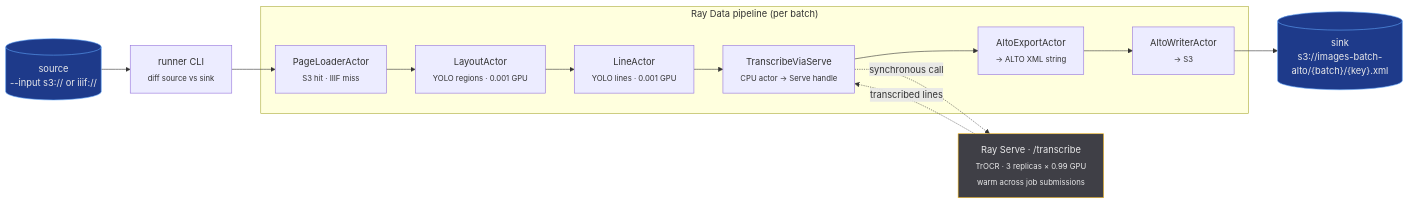
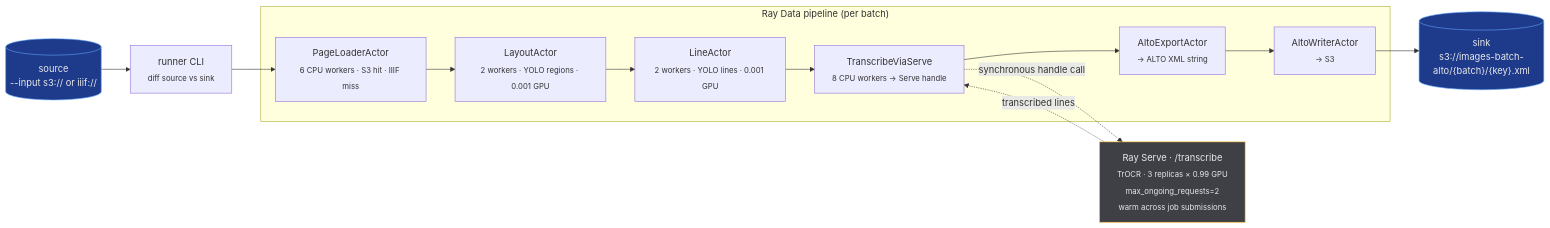
One commit to AI-Riksarkivet/rask changed the second of 5 diagrams in docs/architecture/system-overview.md. Above: the diagram before and after it, drawn with Mermaid. The commit also changed other lines of this file and 9 other files, not shown here.

````diff
--- a/docs/architecture/system-overview.md
+++ b/docs/architecture/system-overview.md
@@ -117,32 +132,32 @@
 ```mermaid
 flowchart LR
     src[("source<br/>--input s3:// or iiif://")]
     diff["runner CLI<br/><sub>diff source vs sink</sub>"]
 
     subgraph raydata["Ray Data pipeline (per batch)"]
-        pl["PageLoaderActor<br/><sub>S3 hit · IIIF miss</sub>"]
-        lay["LayoutActor<br/><sub>YOLO regions · 0.001 GPU</sub>"]
-        ln["LineActor<br/><sub>YOLO lines · 0.001 GPU</sub>"]
-        tr["TranscribeViaServe<br/><sub>CPU actor → Serve handle</sub>"]
+        pl["PageLoaderActor<br/><sub>6 CPU workers · S3 hit · IIIF miss</sub>"]
+        lay["LayoutActor<br/><sub>2 workers · YOLO regions · 0.001 GPU</sub>"]
+        ln["LineActor<br/><sub>2 workers · YOLO lines · 0.001 GPU</sub>"]
+        tr["TranscribeViaServe<br/><sub>8 CPU workers → Serve handle</sub>"]
         ex["AltoExportActor<br/><sub>→ ALTO XML string</sub>"]
         wr["AltoWriterActor<br/><sub>→ S3</sub>"]
     end
 
-    serve["Ray Serve · /transcribe<br/><sub>TrOCR · 3 replicas × 0.99 GPU<br/>warm across job submissions</sub>"]
+    serve["Ray Serve · /transcribe<br/><sub>TrOCR · 3 replicas × 0.99 GPU<br/>max_ongoing_requests=2<br/>warm across job submissions</sub>"]
     sink[("sink<br/>s3://images-batch-alto/{batch}/{key}.xml")]
 
     src --> diff
     diff --> pl
     pl --> lay
     lay --> ln
     ln --> tr
-    tr -.synchronous call.-> serve
+    tr -.synchronous handle call.-> serve
     serve -.transcribed lines.-> tr
     tr --> ex
     ex --> wr
     wr --> sink
 
     style serve fill:#3f3f46,stroke:#fbbf24,color:#e9e9ea
     style src fill:#1e3a8a,stroke:#60a5fa,color:#e9e9ea
     style sink fill:#1e3a8a,stroke:#60a5fa,color:#e9e9ea
 ```
````
